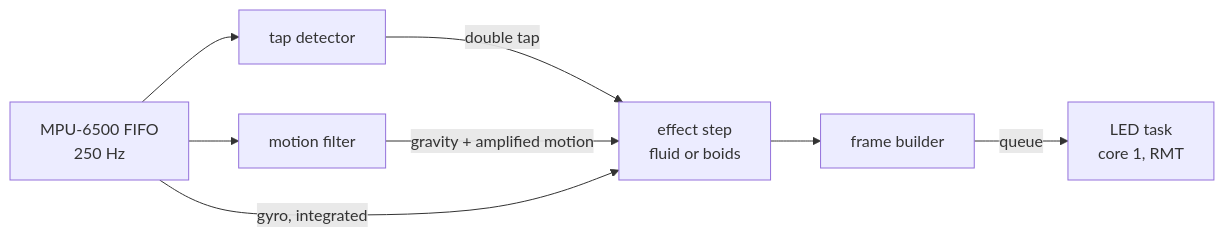
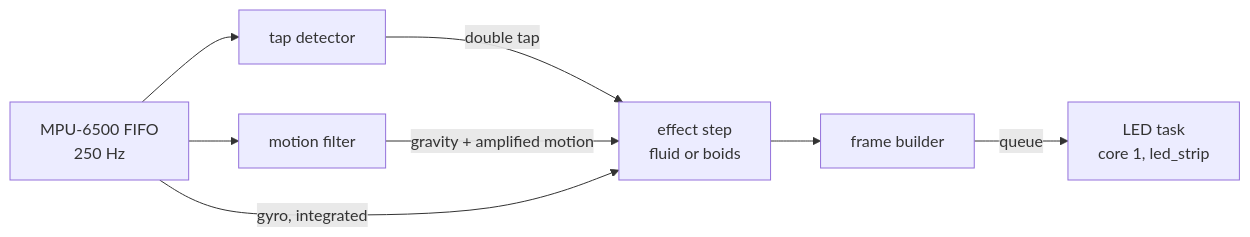
The second of 2 diagrams in README.md (psytraxx/gravity-cube-espidf), drawn with Mermaid before and after one commit. The commit also changed other lines of this file and 8 other files, not shown here.

First line of the commit message:
Drive the LEDs with Espressif's led_strip component

````diff
--- a/README.md
+++ b/README.md
@@ -100,10 +100,10 @@
 ```mermaid
 flowchart LR
     IMU[MPU-6500 FIFO<br/>250 Hz] --> TAP[tap detector]
     IMU --> MF[motion filter]
     TAP -->|double tap| FX
     MF -->|gravity + amplified motion| FX[effect step<br/>fluid or boids]
     IMU -->|gyro, integrated| FX
     FX --> FB[frame builder]
-    FB -->|queue| LED[LED task<br/>core 1, RMT]
+    FB -->|queue| LED[LED task<br/>core 1, led_strip]
 ```
````
